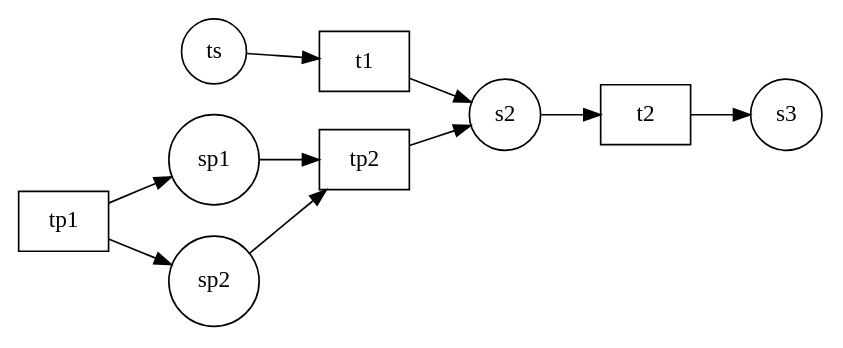
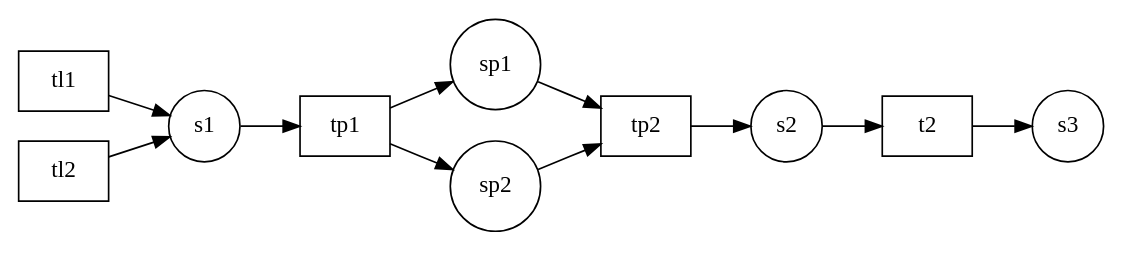
The diagram in Reduktionsalgorithmen/Ausgabe.gv (dnannen/reduction-of-petri-nets), drawn with Graphviz before and after one commit. The commit also changed 12 other files, not shown here.

```diff
--- a/Reduktionsalgorithmen/Ausgabe.gv
+++ b/Reduktionsalgorithmen/Ausgabe.gv
@@ -1,22 +1,24 @@
 digraph petrinet{
 node[shape=circle];
 rankdir=LR;
+"s1";
 "sp1";
 "sp2";
 "s2";
 "s3";
-"ts";
+"tl1" [shape=box];
+"tl2" [shape=box];
 "tp1" [shape=box];
 "tp2" [shape=box];
-"t1" [shape=box];
 "t2" [shape=box];
+"s1"->"tp1"
 "sp1"->"tp2"
 "sp2"->"tp2"
 "s2"->"t2"
-"ts"->"t1"
+"tl1"->"s1"
+"tl2"->"s1"
 "tp1"->"sp1"
 "tp1"->"sp2"
 "tp2"->"s2"
-"t1"->"s2"
 "t2"->"s3"
 }
```
